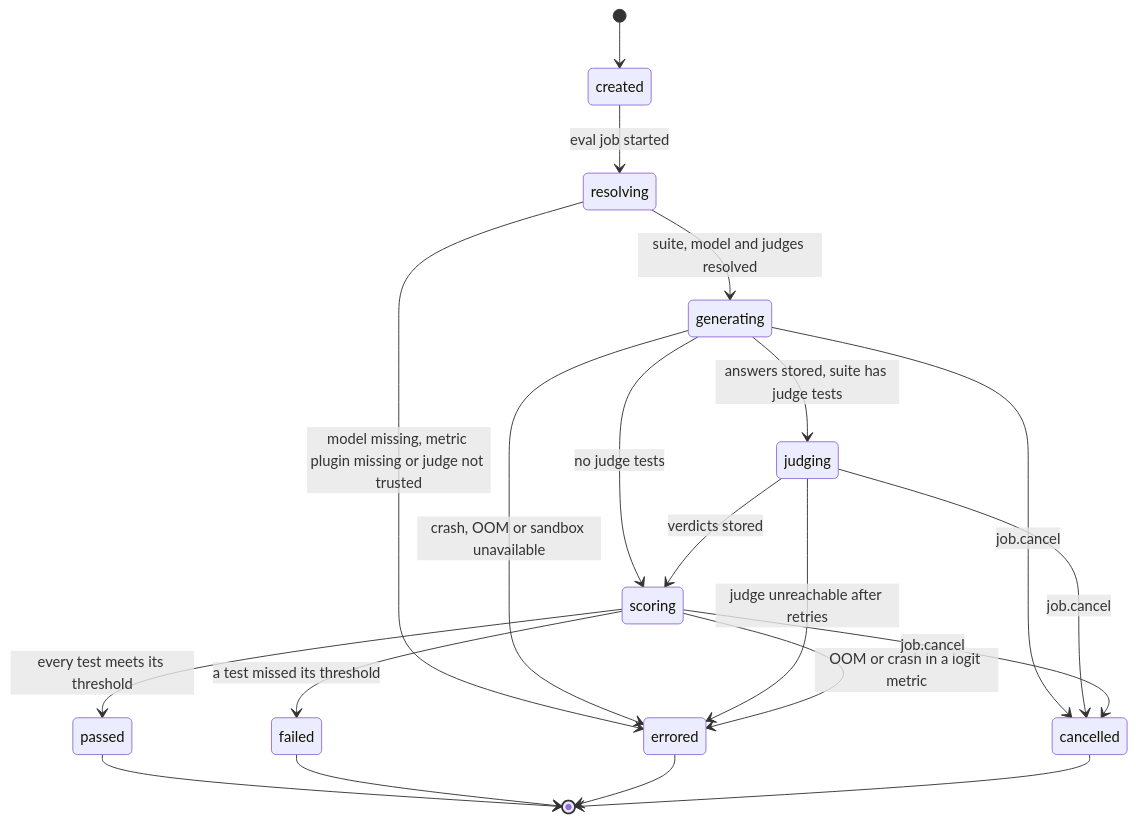
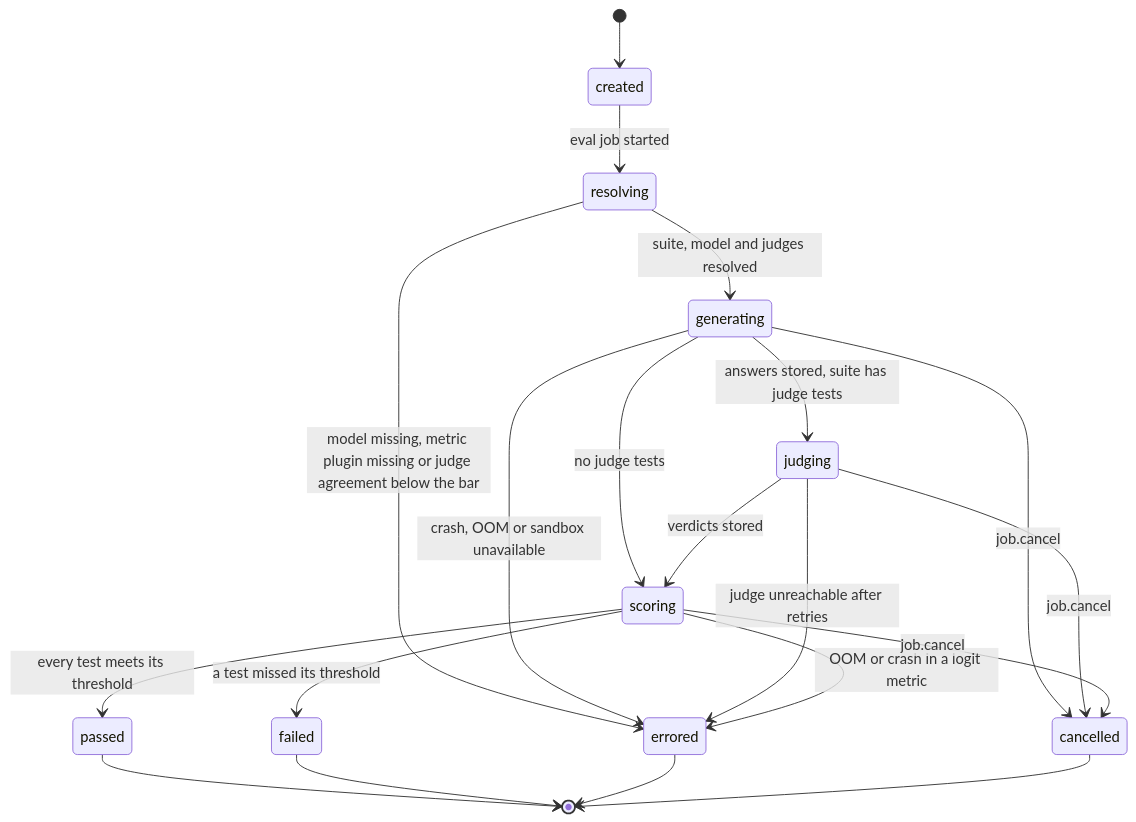
One commit to Snubiss/RASTAI-Research-Studio changed diagram 16 of 32 in docs/architecture/flows/training-evaluation.md. Above: the diagram before and after it, drawn with Mermaid. The commit also changed other lines of this file and 44 other files, not shown here.

````diff
--- a/docs/architecture/flows/training-evaluation.md
+++ b/docs/architecture/flows/training-evaluation.md
@@ -906,22 +969,22 @@
 ```mermaid
 stateDiagram-v2
   [*] --> created
   created --> resolving : eval job started
   resolving --> generating : suite, model and judges resolved
-  resolving --> errored : model missing, metric plugin missing or judge not trusted
+  resolving --> errored : model missing, metric plugin missing or judge agreement below the bar
   generating --> judging : answers stored, suite has judge tests
   generating --> scoring : no judge tests
   judging --> scoring : verdicts stored
   scoring --> passed : every test meets its threshold
   scoring --> failed : a test missed its threshold
   generating --> errored : crash, OOM or sandbox unavailable
   judging --> errored : judge unreachable after retries
   scoring --> errored : OOM or crash in a logit metric
   generating --> cancelled : job.cancel
   judging --> cancelled : job.cancel
   scoring --> cancelled : job.cancel
   passed --> [*]
   failed --> [*]
   errored --> [*]
   cancelled --> [*]
 ```
````
